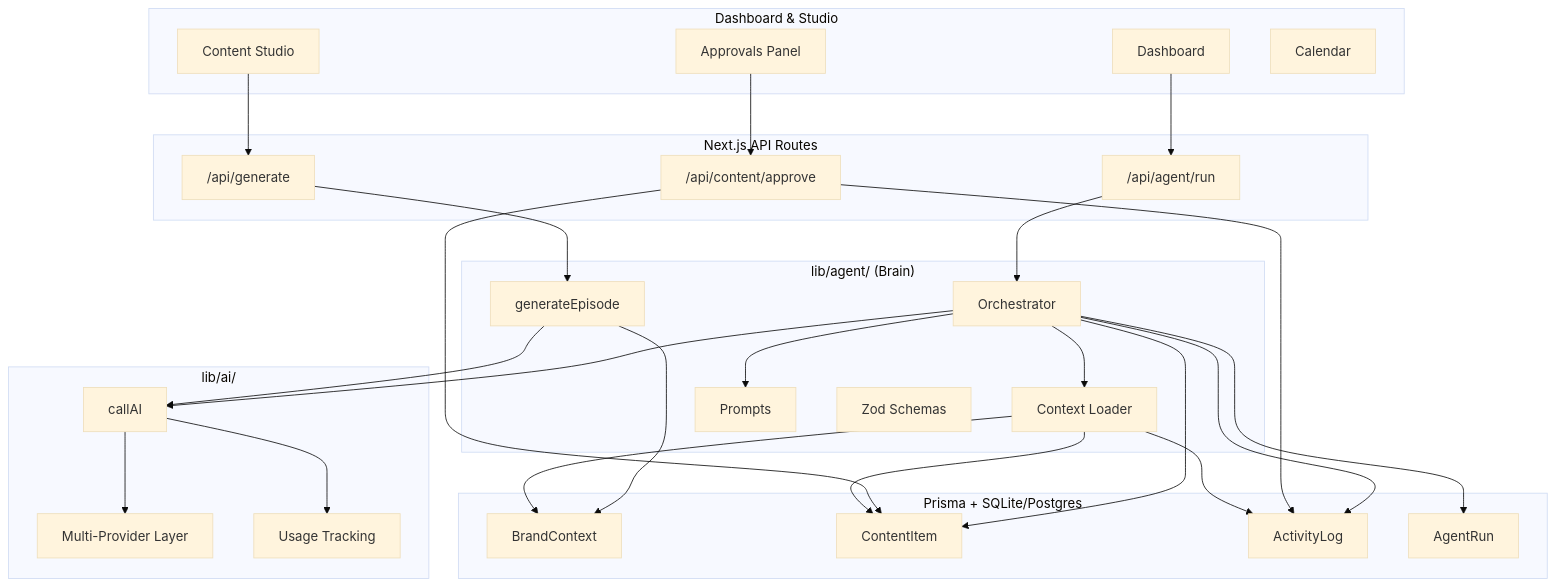
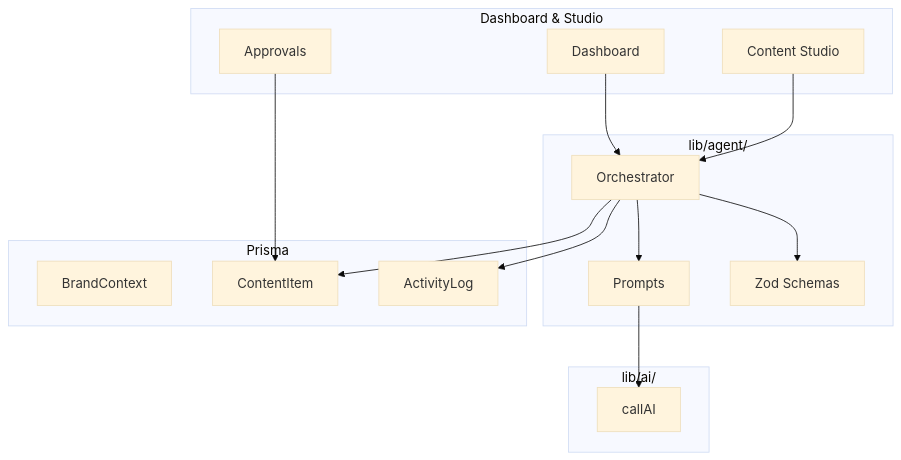
The diagram in README.md (kheron/TekMarketing), drawn with Mermaid (base theme) before and after one commit. The commit also changed other lines of this file and 19 other files, not shown here.

````diff
--- a/README.md
+++ b/README.md
@@ -68,60 +148,32 @@
 ```mermaid
 flowchart TB
     subgraph UI["Dashboard & Studio"]
         D[Dashboard]
         CS[Content Studio]
-        AP[Approvals Panel]
-        CAL[Calendar]
+        AP[Approvals]
     end
 
-    subgraph API["Next.js API Routes"]
-        AR["/api/agent/run"]
-        GEN["/api/generate"]
-        APR["/api/content/approve"]
-    end
-
-    subgraph Agent["lib/agent/ (Brain)"]
+    subgraph Agent["lib/agent/"]
         ORC[Orchestrator]
-        CTX[Context Loader]
         PRM[Prompts]
-        TYP[Zod Schemas]
-        GEN_EP[generateEpisode]
+        ZOD[Zod Schemas]
     end
 
     subgraph AI["lib/ai/"]
         CALL[callAI]
-        PROV[Multi-Provider Layer]
-        USG[Usage Tracking]
     end
 
-    subgraph DB["Prisma + SQLite/Postgres"]
+    subgraph DB["Prisma"]
         BC[BrandContext]
         CI[ContentItem]
         AL[ActivityLog]
-        RUN[AgentRun]
     end
 
-    D --> AR
-    CS --> GEN
-    AP --> APR
-
-    AR --> ORC
-    GEN --> GEN_EP
-    ORC --> CTX
-    ORC --> PRM
-    ORC --> CALL
-    GEN_EP --> CALL
-    CALL --> PROV
-    CALL --> USG
-
+    D --> ORC
+    CS --> ORC
+    ORC --> PRM --> CALL
+    ORC --> ZOD
     ORC --> CI
     ORC --> AL
-    ORC --> RUN
-    GEN_EP --> BC
-    APR --> CI
-    APR --> AL
-
-    CTX --> BC
-    CTX --> AL
-    CTX --> CI
+    AP --> CI
 ```
````
